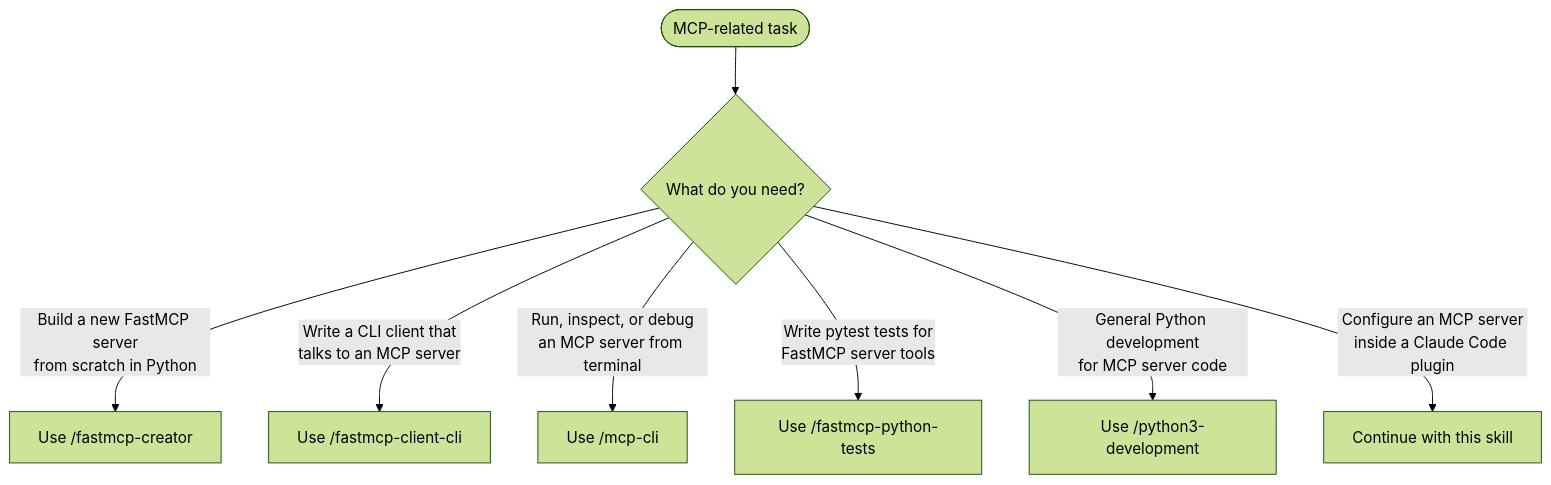
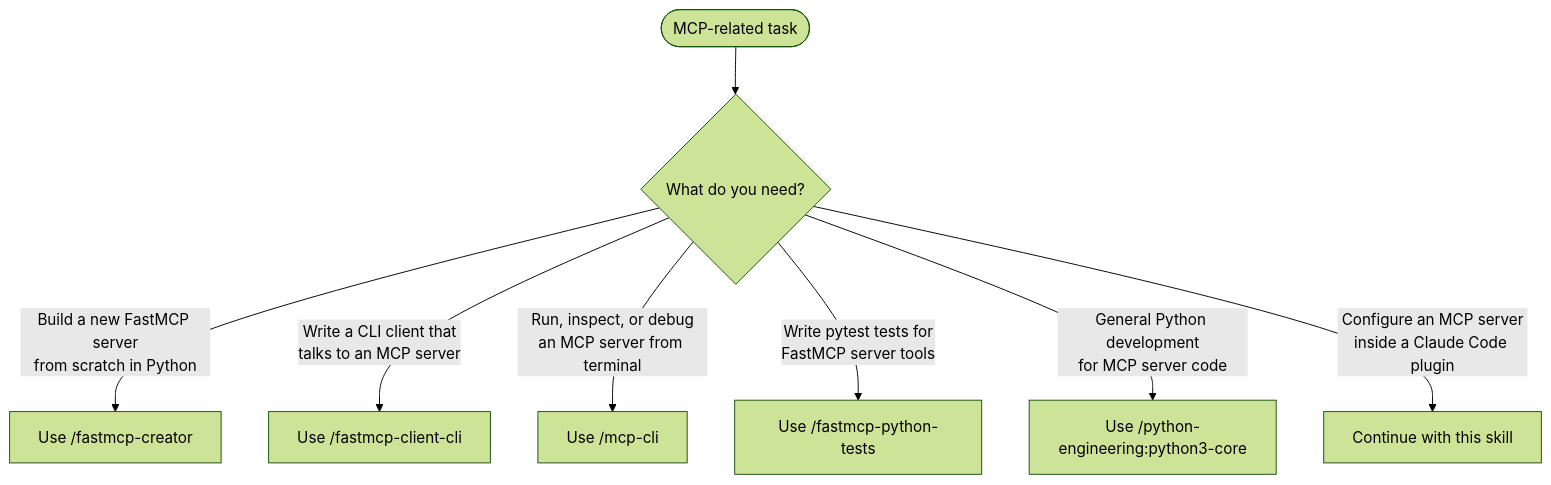
The first of 4 diagrams in plugins/plugin-creator/skills/mcp-integration/SKILL.md (Jamie-BitFlight/claude_skills), drawn with Mermaid (forest theme) before and after one commit. The commit also changed other lines of this file and 381 other files, not shown here.

First line of the commit message:
chore(python3-development): retire the plugin into python-engineering

````diff
--- a/plugins/plugin-creator/skills/mcp-integration/SKILL.md
+++ b/plugins/plugin-creator/skills/mcp-integration/SKILL.md
@@ -12,10 +12,10 @@
 ```mermaid
 flowchart TD
     Start(["MCP-related task"]) --> Q1{What do you need?}
     Q1 -->|"Build a new FastMCP server<br>from scratch in Python"| FastMCP["Use /fastmcp-creator"]
     Q1 -->|"Write a CLI client that<br>talks to an MCP server"| ClientCLI["Use /fastmcp-client-cli"]
     Q1 -->|"Run, inspect, or debug<br>an MCP server from terminal"| MCPCLI["Use /mcp-cli"]
     Q1 -->|"Write pytest tests for<br>FastMCP server tools"| Tests["Use /fastmcp-python-tests"]
-    Q1 -->|"General Python development<br>for MCP server code"| PyDev["Use /python3-development"]
+    Q1 -->|"General Python development<br>for MCP server code"| PyDev["Use /python-engineering:python3-core"]
     Q1 -->|"Configure an MCP server<br>inside a Claude Code plugin"| ThisSkill["Continue with this skill"]
 ```
````
